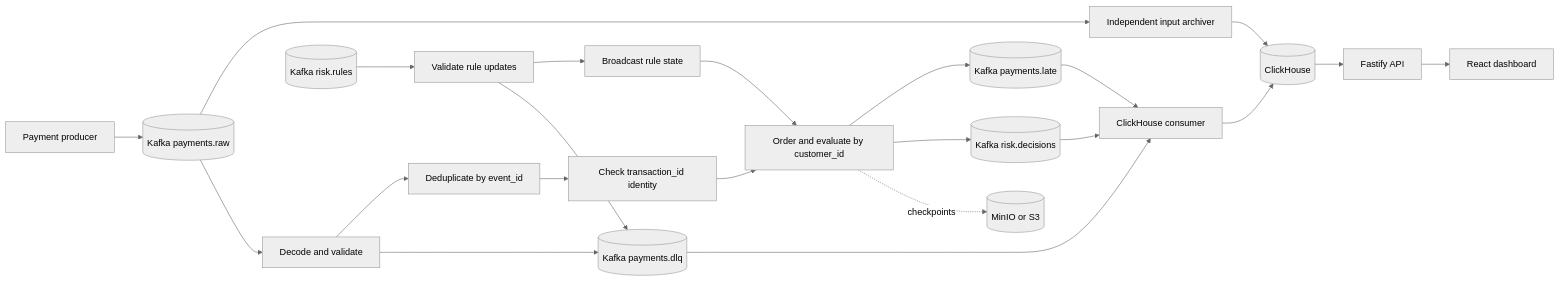
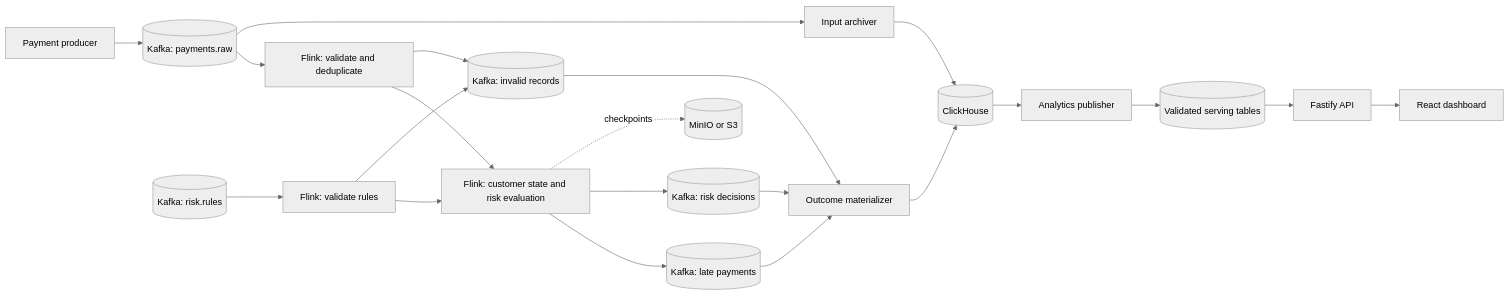
Before and after one commit to acilione/payment-risk: the diagram in README.md, drawn with Mermaid (neutral theme). The commit also changed other lines of this file, not shown here.

````diff
--- a/README.md
+++ b/README.md
@@ -211,24 +112,23 @@
 ```mermaid
 flowchart LR
-  P[Payment producer] --> K[(Kafka payments.raw)]
-  K --> I[Independent input archiver]
-  I --> C[(ClickHouse)]
-  K --> V[Decode and validate]
-  V --> D[Deduplicate by event_id]
-  D --> T[Check transaction_id identity]
-  T --> E[Order and evaluate by customer_id]
-  R[(Kafka risk.rules)] --> RV[Validate rule updates]
-  RV --> B[Broadcast rule state]
-  B --> E
-  V --> Q[(Kafka payments.dlq)]
-  RV --> Q
-  E --> L[(Kafka payments.late)]
-  E --> O[(Kafka risk.decisions)]
-  O --> M[ClickHouse consumer]
-  Q --> M
+  G[Payment producer] --> P[(Kafka: payments.raw)]
+  P --> V[Flink: validate and deduplicate]
+  V --> E[Flink: customer state and risk evaluation]
+  R[(Kafka: risk.rules)] --> RV[Flink: validate rules]
+  RV --> E
+  RV --> D
+  V --> D[(Kafka: invalid records)]
+  E --> L[(Kafka: late payments)]
+  E --> O[(Kafka: risk decisions)]
+  P --> A[Input archiver]
+  A --> C[(ClickHouse)]
+  D --> M[Outcome materializer]
   L --> M
+  O --> M
   M --> C
-  C --> A[Fastify API]
-  A --> W[React dashboard]
-  E -. checkpoints .-> S[(MinIO or S3)]
+  C --> B[Analytics publisher]
+  B --> S[(Validated serving tables)]
+  S --> API[Fastify API]
+  API --> UI[React dashboard]
+  E -. checkpoints .-> CP[(MinIO or S3)]
 ```
````
